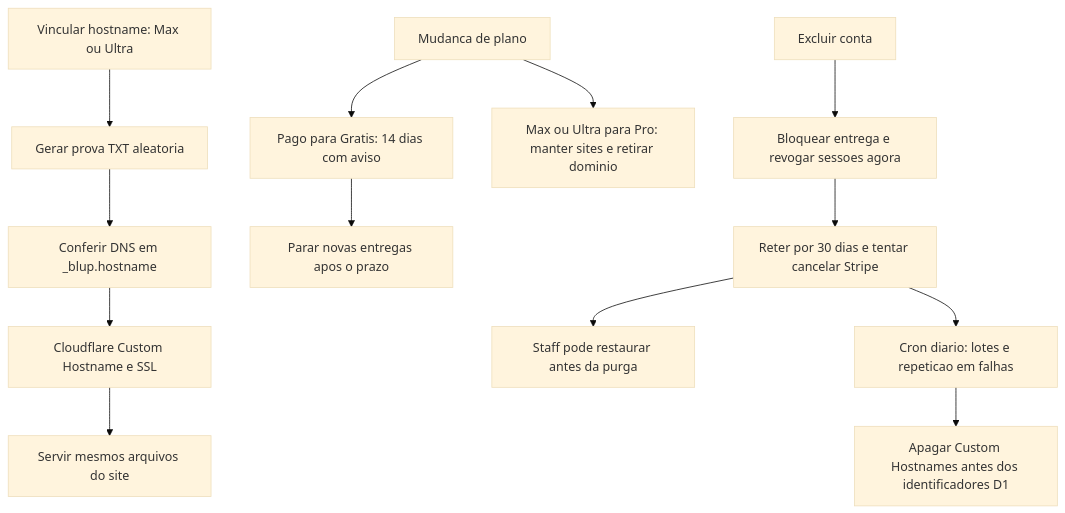
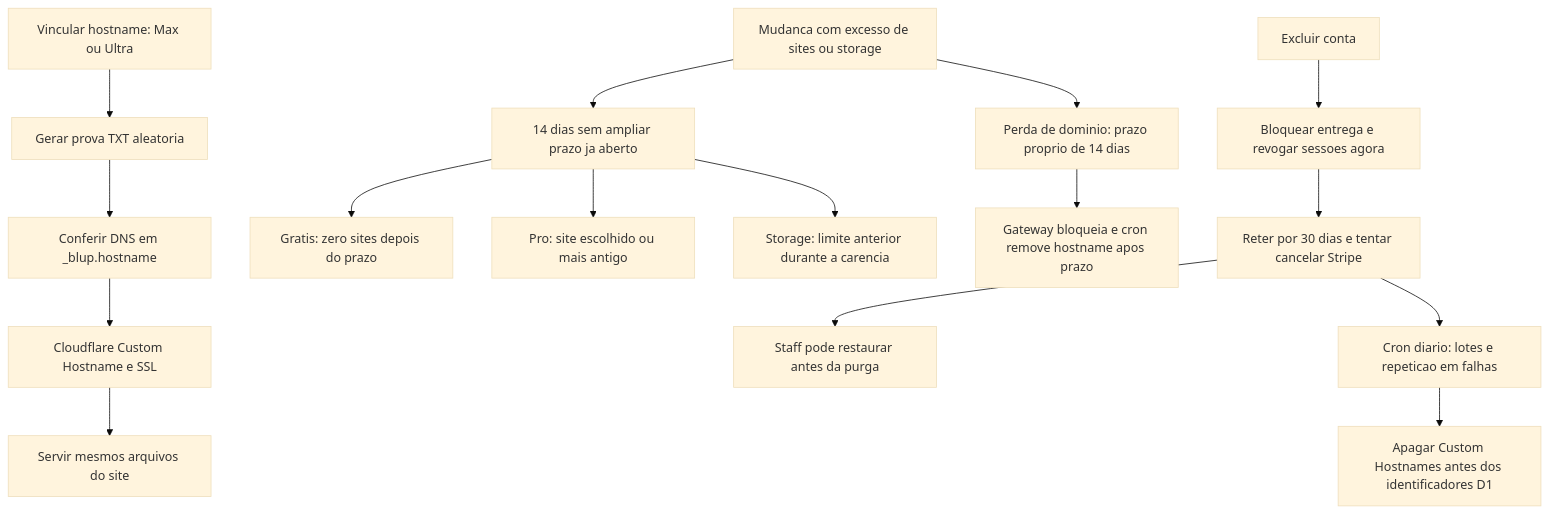
The sixth of 7 diagrams in docs/arquitetura.md (gabriellsalesx/blup), drawn with Mermaid (base theme) before and after one commit. The commit also changed other lines of this file and 19 other files, not shown here.

````diff
--- a/docs/arquitetura.md
+++ b/docs/arquitetura.md
@@ -165,15 +177,18 @@
 ```mermaid
 flowchart TD
   Vincular[Vincular hostname: Max ou Ultra] --> TXT[Gerar prova TXT aleatoria]
   TXT --> Provar[Conferir DNS em _blup.hostname]
   Provar --> CF[Cloudflare Custom Hostname e SSL]
   CF --> Ativo[Servir mesmos arquivos do site]
-  Plano[Mudanca de plano] --> Gratis[Pago para Gratis: 14 dias com aviso]
-  Gratis --> Fora[Parar novas entregas apos o prazo]
-  Plano --> Pro[Max ou Ultra para Pro: manter sites e retirar dominio]
+  Plano[Mudanca com excesso de sites ou storage] --> Prazo[14 dias sem ampliar prazo ja aberto]
+  Prazo --> Gratis[Gratis: zero sites depois do prazo]
+  Prazo --> Pro[Pro: site escolhido ou mais antigo]
+  Prazo --> Espaco[Storage: limite anterior durante a carencia]
+  Plano --> Dominio[Perda de dominio: prazo proprio de 14 dias]
+  Dominio --> Desligar[Gateway bloqueia e cron remove hostname apos prazo]
   Apagar[Excluir conta] --> Bloquear[Bloquear entrega e revogar sessoes agora]
   Bloquear --> Espera[Reter por 30 dias e tentar cancelar Stripe]
   Espera --> Restaurar[Staff pode restaurar antes da purga]
   Espera --> Purga[Cron diario: lotes e repeticao em falhas]
   Purga --> Remover[Apagar Custom Hostnames antes dos identificadores D1]
 ```
````
